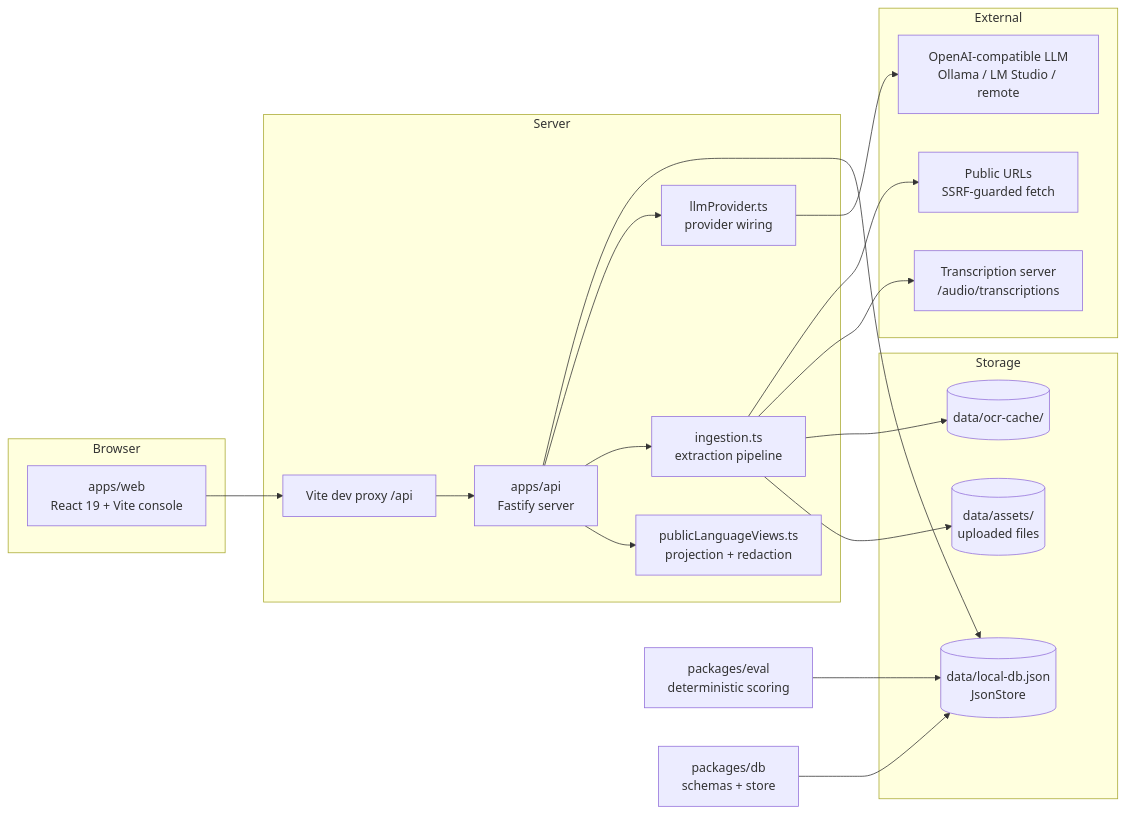
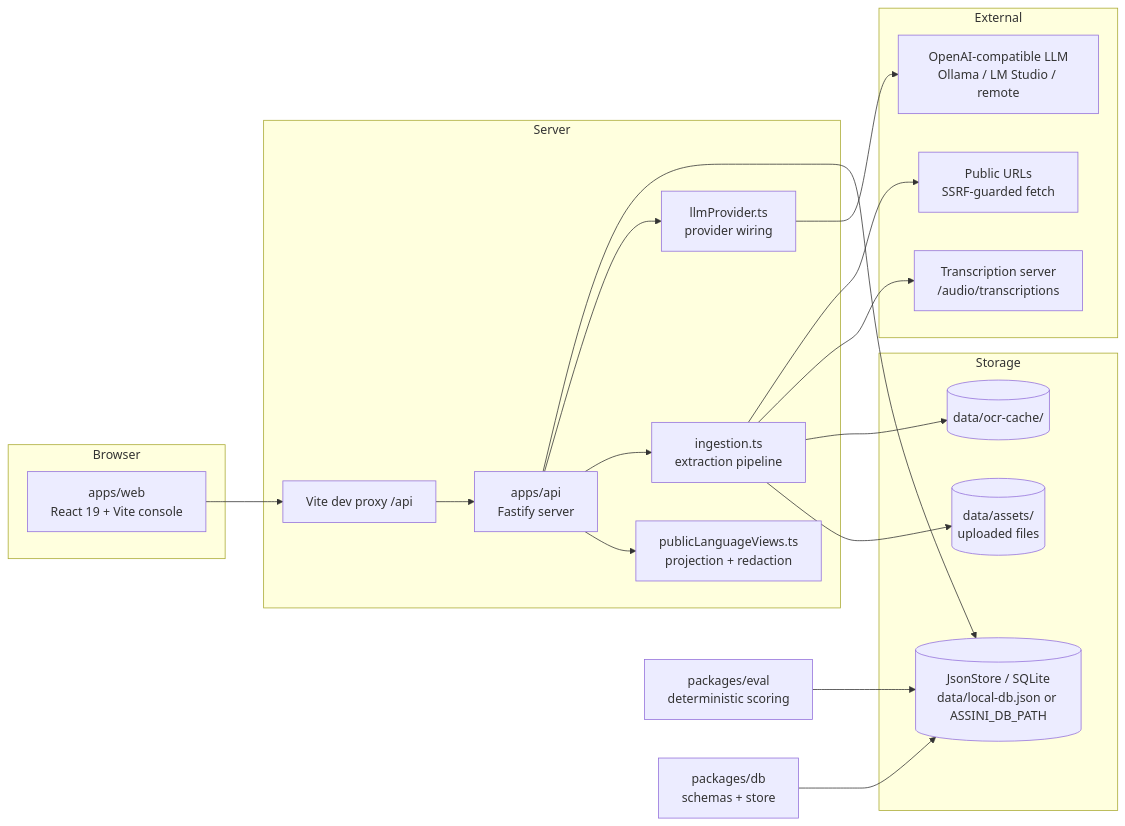
One commit to defnotean/AssiniLang changed the first of 2 diagrams in docs/architecture.md. Above: the diagram before and after it, drawn with Mermaid. The commit also changed other lines of this file and 102 other files, not shown here.

````diff
--- a/docs/architecture.md
+++ b/docs/architecture.md
@@ -7,31 +7,31 @@
 ```mermaid
 flowchart LR
     subgraph Browser
         W[apps/web<br>React 19 + Vite console]
     end
     subgraph Server
         P[Vite dev proxy /api] --> A[apps/api<br>Fastify server]
         A --> V[publicLanguageViews.ts<br>projection + redaction]
         A --> I[ingestion.ts<br>extraction pipeline]
         A --> L[llmProvider.ts<br>provider wiring]
     end
     subgraph Storage
-        S[(data/local-db.json<br>JsonStore)]
+        S[(JsonStore / SQLite<br>data/local-db.json or ASSINI_DB_PATH)]
         F[(data/assets/<br>uploaded files)]
         O[(data/ocr-cache/)]
     end
     subgraph External
         M[OpenAI-compatible LLM<br>Ollama / LM Studio / remote]
         T[Transcription server<br>/audio/transcriptions]
         U[Public URLs<br>SSRF-guarded fetch]
     end
     W --> P
     A --> S
     I --> F
     I --> O
     L --> M
     I --> T
     I --> U
     E[packages/eval<br>deterministic scoring] --> S
     D[packages/db<br>schemas + store] --> S
 ```
````
